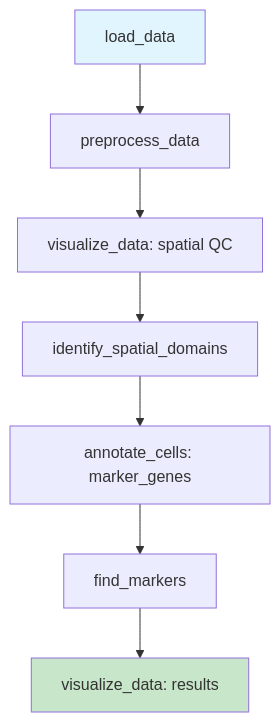
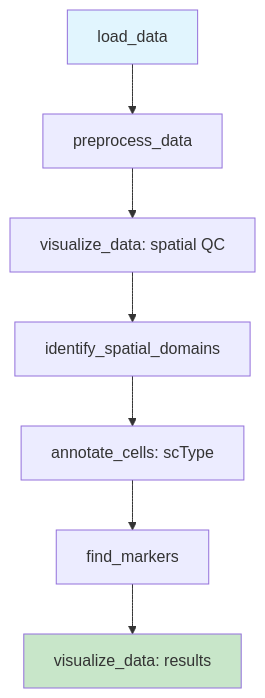
The first of 7 diagrams in docs/reference/quick-reference/common-workflows.md (cafferychen777/ChatSpatial), drawn with Mermaid before and after one commit. The commit also changed other lines of this file and 1 other file, not shown here.

````diff
--- a/docs/reference/quick-reference/common-workflows.md
+++ b/docs/reference/quick-reference/common-workflows.md
@@ -42,12 +42,12 @@
 ```mermaid
 graph TD
     A[load_data] --> B[preprocess_data]
     B --> C[visualize_data: spatial QC]
     C --> D[identify_spatial_domains]
-    D --> E[annotate_cells: marker_genes]
+    D --> E[annotate_cells: scType]
     E --> F[find_markers]
     F --> G[visualize_data: results]
     
     style A fill:#e1f5fe
     style G fill:#c8e6c9
 ```
````
